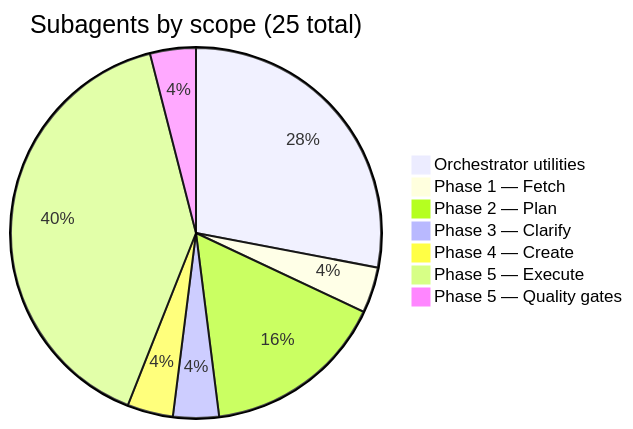
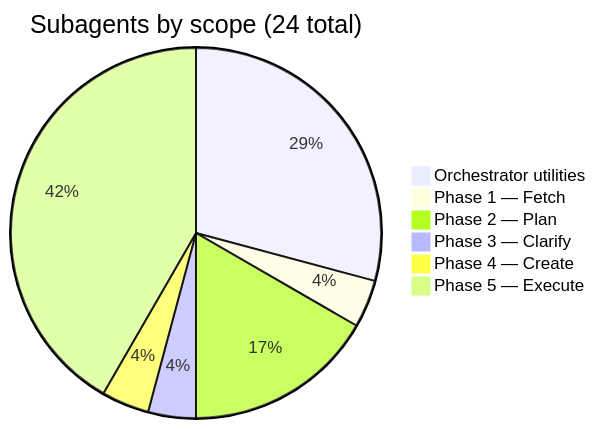
The diagram in docs/orchestrating-jira-workflow/02-subagent-registry.md (b-mendoza/agent-skills), drawn with Mermaid before and after one commit. The commit also changed other lines of this file and 1 other file, not shown here.

Commit message:
fix(orchestrating-jira-workflow): correct subagent count from 25 to 24
The quality gates pie slice double-counted a subagent already included
in Phase 5's total. Remove the extra slice and update the summary table.

````diff
--- a/docs/orchestrating-jira-workflow/02-subagent-registry.md
+++ b/docs/orchestrating-jira-workflow/02-subagent-registry.md
@@ -9,10 +9,9 @@
 ```mermaid
-pie title Subagents by scope (25 total)
+pie title Subagents by scope (24 total)
     "Orchestrator utilities" : 7
     "Phase 1 — Fetch" : 1
     "Phase 2 — Plan" : 4
     "Phase 3 — Clarify" : 1
     "Phase 4 — Create" : 1
     "Phase 5 — Execute" : 10
-    "Phase 5 — Quality gates" : 1
 ```
````
